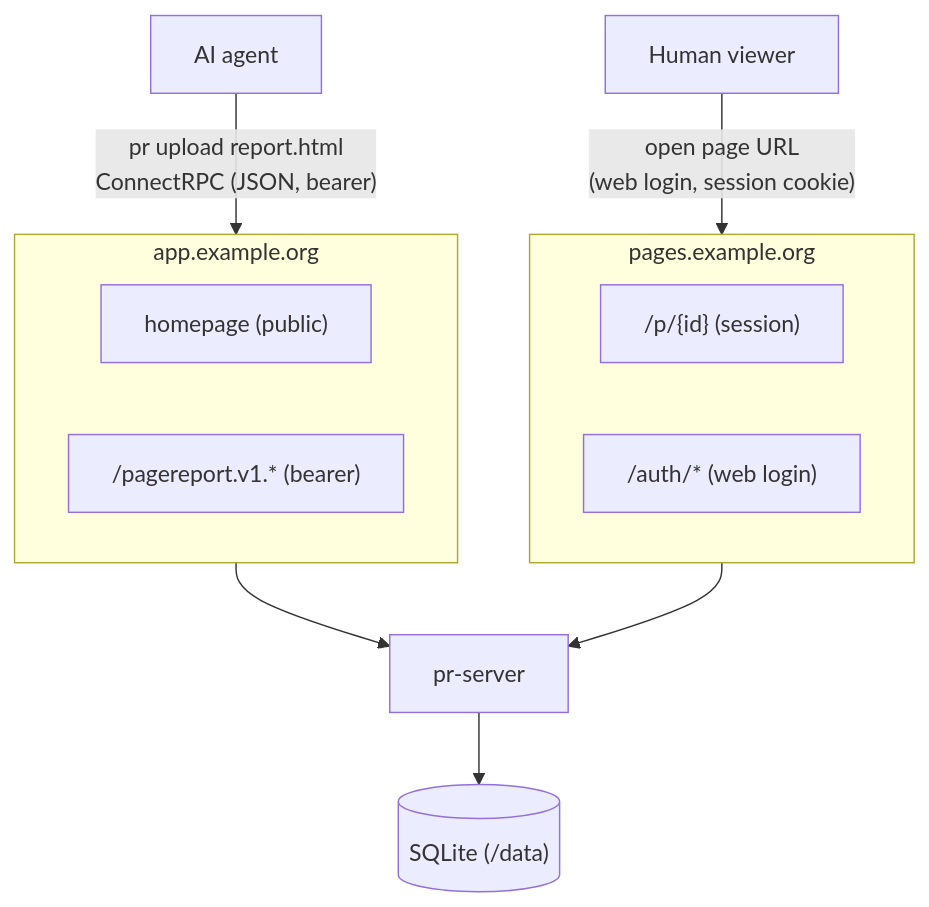
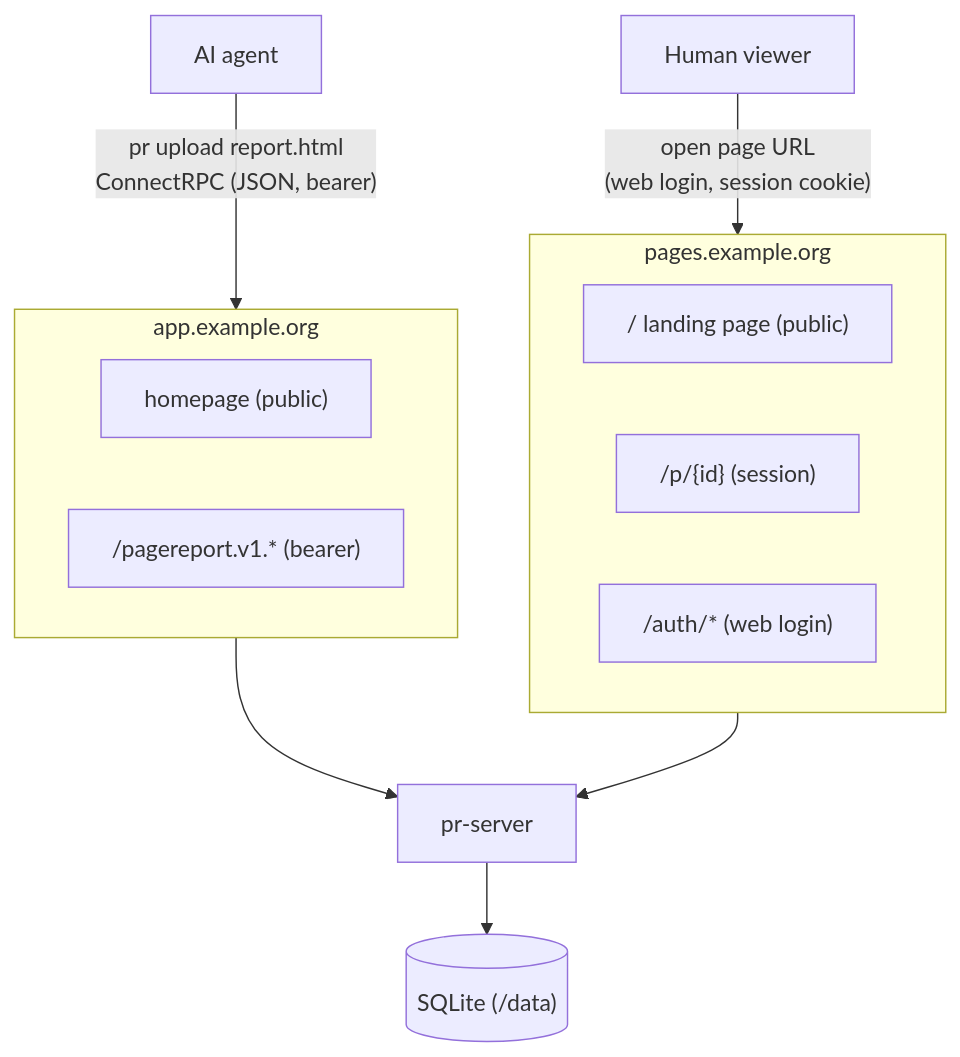
One commit to dusansimic/page-report changed the diagram in README.md. Above: the diagram before and after it, drawn with Mermaid. The commit also changed 7 other files, not shown here.

First line of the commit message:
feat(server): add pages-domain landing page

````diff
--- a/README.md
+++ b/README.md
@@ -10,19 +10,20 @@
 ```mermaid
 flowchart TB
     agent["AI agent"] -->|"pr upload report.html<br>ConnectRPC (JSON, bearer)"| app
     human["Human viewer"] -->|"open page URL<br>(web login, session cookie)"| pages
 
     subgraph app["app.example.org"]
         home["homepage (public)"]
         api["/pagereport.v1.* (bearer)"]
     end
 
     subgraph pages["pages.example.org"]
+        landing["/ landing page (public)"]
         view["/p/{id} (session)"]
         auth["/auth/* (web login)"]
     end
 
     app --> server["pr-server"]
     pages --> server
     server --> db[("SQLite (/data)")]
 ```
````
